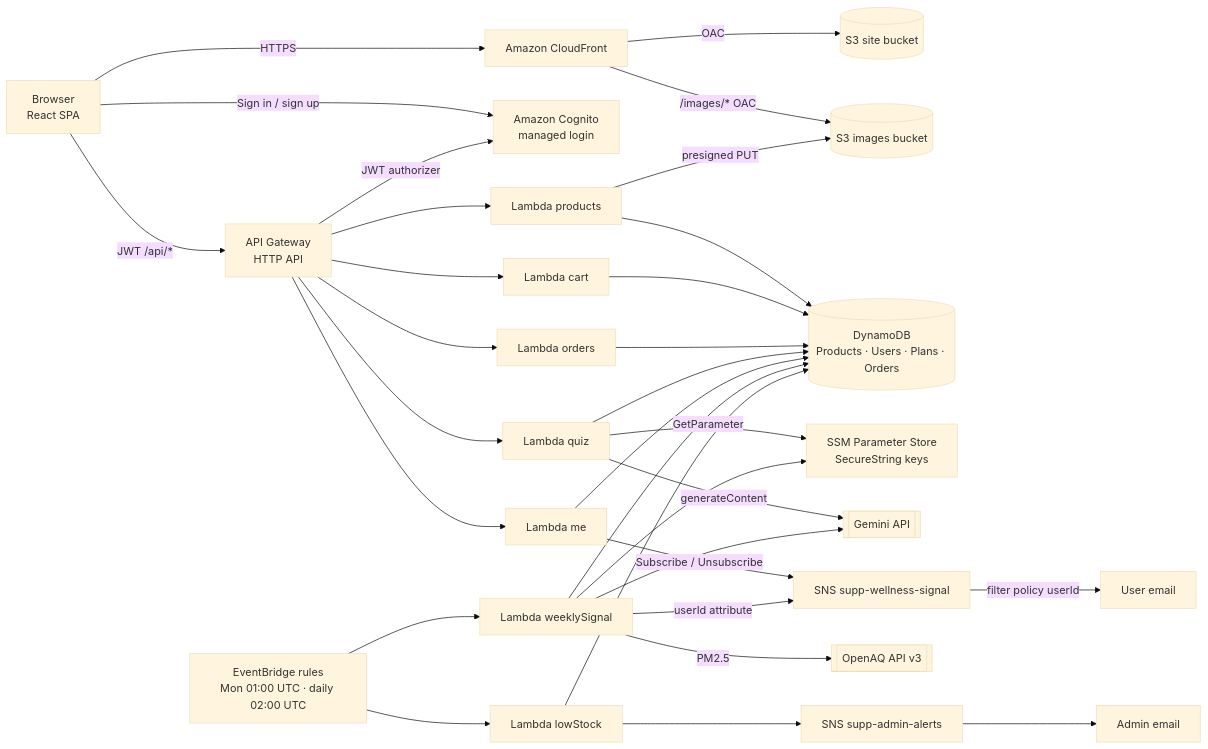
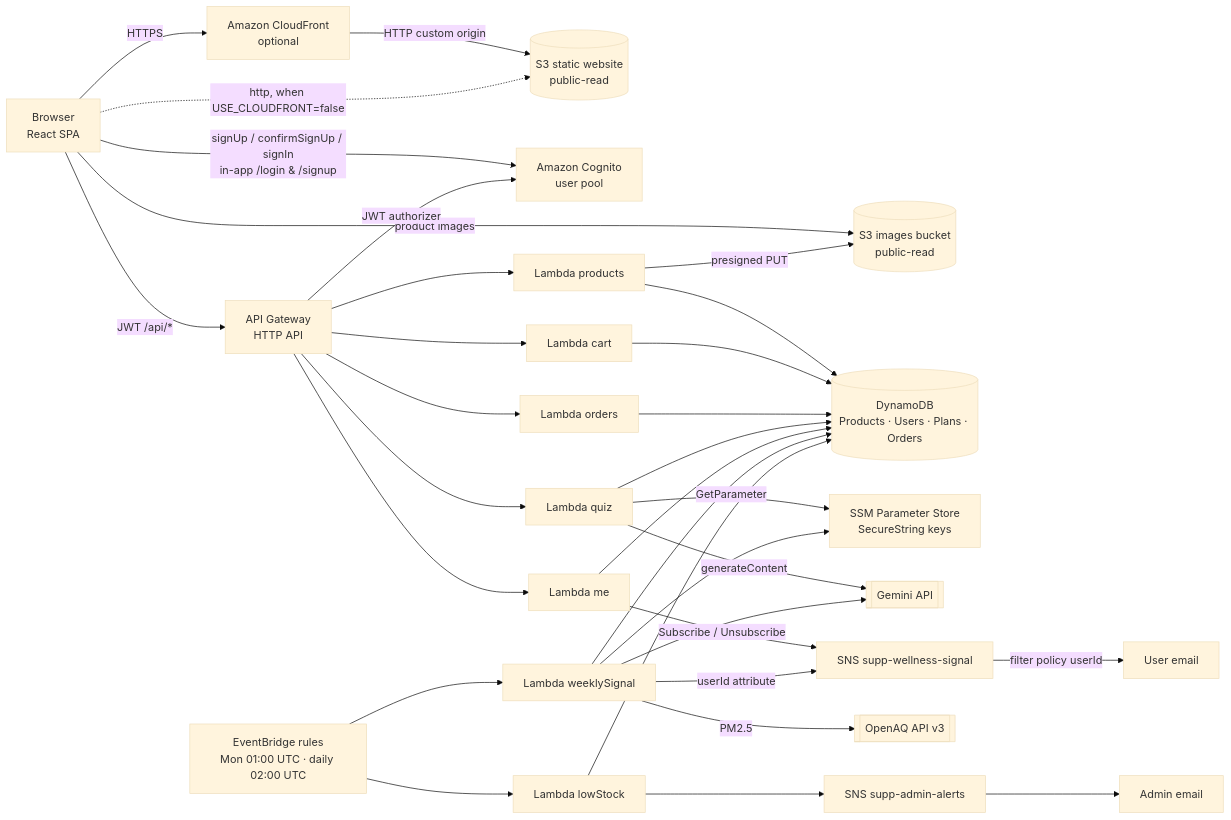
One commit to chansris2312/supplement-shop changed the diagram in README.md. Above: the diagram before and after it, drawn with Mermaid (base theme). The commit also changed other lines of this file and 14 other files, not shown here.

First line of the commit message:
Make stack deployable in Learner Lab: S3 website, optional CloudFront, in-app auth

````diff
--- a/README.md
+++ b/README.md
@@ -26,30 +26,31 @@
 ```mermaid
 flowchart LR
-  U[Browser<br/>React SPA] -->|HTTPS| CF[Amazon CloudFront]
-  CF -->|OAC| S3S[(S3 site bucket)]
-  CF -->|/images/* OAC| S3I[(S3 images bucket)]
-  U -->|Sign in / sign up| COG[Amazon Cognito<br/>managed login]
+  U[Browser<br/>React SPA] -->|HTTPS| CF[Amazon CloudFront<br/>optional]
+  CF -->|HTTP custom origin| S3S[(S3 static website<br/>public-read)]
+  U -.->|http, when USE_CLOUDFRONT=false| S3S
+  U -->|product images| S3I[(S3 images bucket<br/>public-read)]
+  U -->|signUp / confirmSignUp / signIn<br/>in-app /login & /signup| COG[Amazon Cognito<br/>user pool]
   U -->|JWT /api/*| API[API Gateway<br/>HTTP API]
   API -->|JWT authorizer| COG
   API --> LP[Lambda products]
   API --> LC[Lambda cart]
   API --> LO[Lambda orders]
   API --> LQ[Lambda quiz]
   API --> LM[Lambda me]
   LP -->|presigned PUT| S3I
   LP & LC & LO & LQ & LM --> DDB[(DynamoDB<br/>Products · Users · Plans · Orders)]
   LQ -->|GetParameter| SSM[SSM Parameter Store<br/>SecureString keys]
   LQ -->|generateContent| GEM[[Gemini API]]
   LM -->|Subscribe / Unsubscribe| SNS1[SNS supp-wellness-signal]
   SCH[EventBridge rules<br/>Mon 01:00 UTC · daily 02:00 UTC] --> LW[Lambda weeklySignal]
   SCH --> LS[Lambda lowStock]
   LW --> DDB
   LW --> SSM
   LW -->|PM2.5| AQ[[OpenAQ API v3]]
   LW --> GEM
   LW -->|userId attribute| SNS1
   LS --> DDB
   LS --> SNS2[SNS supp-admin-alerts]
   SNS1 -->|filter policy userId| MAIL1[User email]
   SNS2 --> MAIL2[Admin email]
 ```
````
